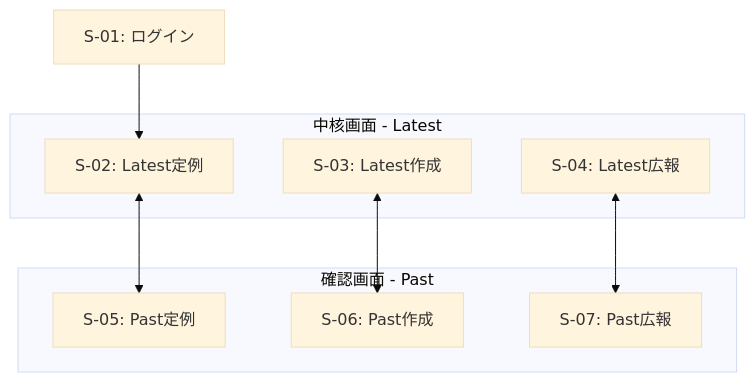
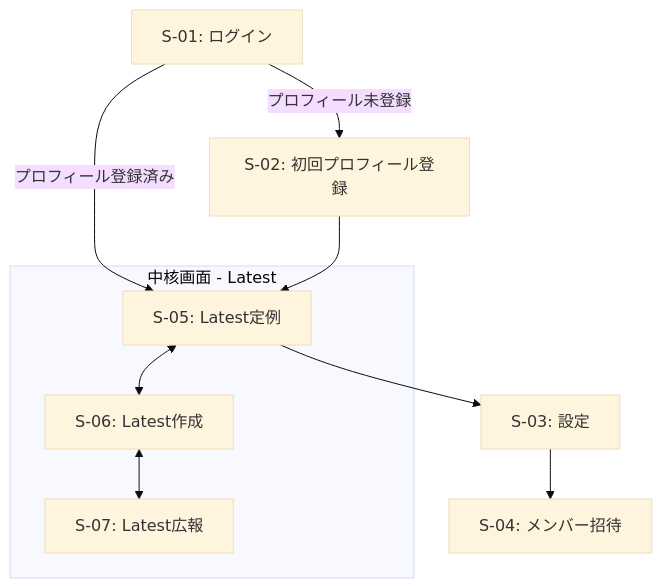
Before and after one commit to StepByCode/ashiato: the first of 8 diagrams in doc/03_screen-flow.md, drawn with Mermaid (base theme). The commit also changed other lines of this file and 10 other files, not shown here.

Commit message:
Fix login flow and secure invite access

````diff
--- a/doc/03_screen-flow.md
+++ b/doc/03_screen-flow.md
@@ -27,21 +27,21 @@
 ```mermaid
 flowchart TD
     S01["S-01: ログイン"]
+    S02["S-02: 初回プロフィール登録"]
+    S03["S-03: 設定"]
+    S04["S-04: メンバー招待"]
 
     subgraph Core["中核画面 - Latest"]
-        S02["S-02: Latest定例"]
-        S03["S-03: Latest作成"]
-        S04["S-04: Latest広報"]
+        S05["S-05: Latest定例"]
+        S06["S-06: Latest作成"]
+        S07["S-07: Latest広報"]
     end
 
-    subgraph History["確認画面 - Past"]
-        S05["S-05: Past定例"]
-        S06["S-06: Past作成"]
-        S07["S-07: Past広報"]
-    end
-
-    S01 --> S02
-    S02 <--> S05
-    S03 <--> S06
-    S04 <--> S07
+    S01 -->|"プロフィール未登録"| S02
+    S01 -->|"プロフィール登録済み"| S05
+    S02 --> S05
+    S05 --> S03
+    S03 --> S04
+    S05 <--> S06
+    S06 <--> S07
 ```
````
